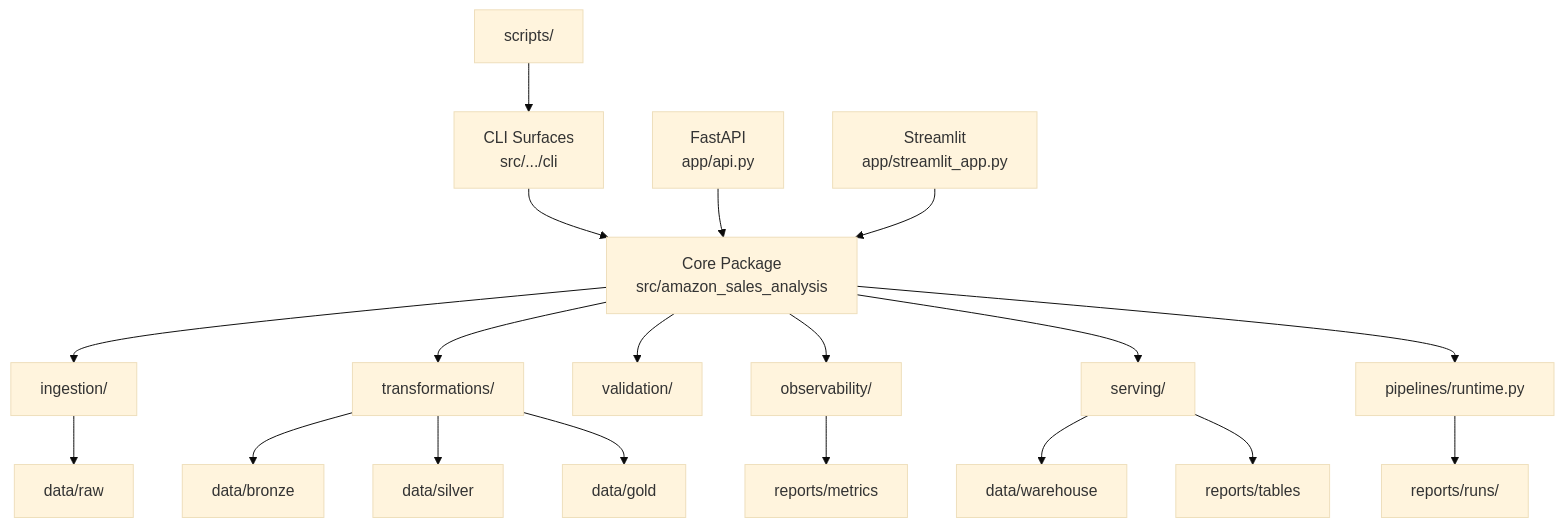
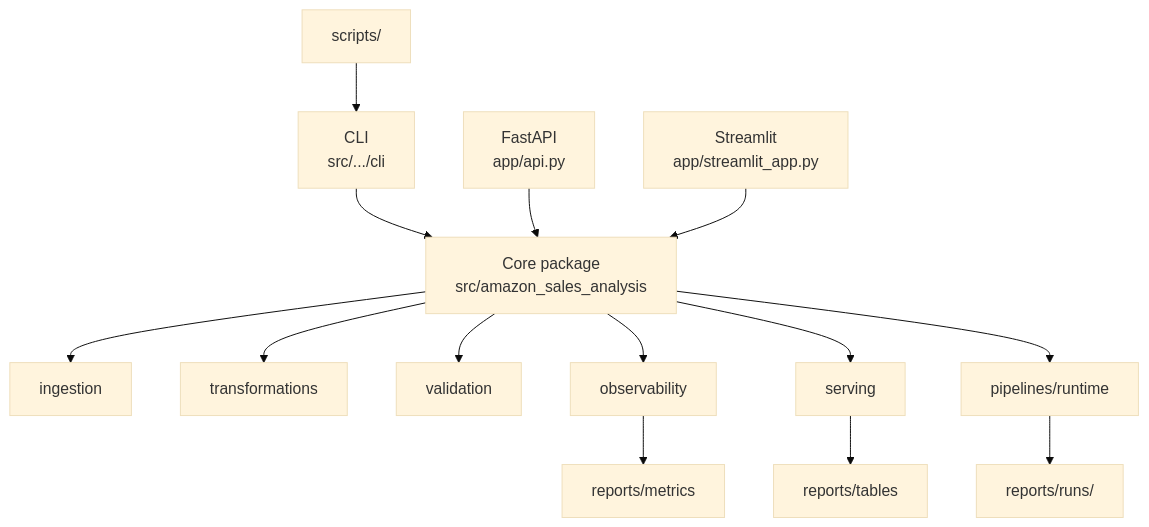
Before and after one commit to samuelmaia-analytics/amazon-sales-analysis: the diagram in docs/REPOSITORY_STRUCTURE.md, drawn with Mermaid (base theme). The commit also changed other lines of this file and 13 other files, not shown here.

````diff
--- a/docs/REPOSITORY_STRUCTURE.md
+++ b/docs/REPOSITORY_STRUCTURE.md
@@ -46,24 +36,18 @@
 ```mermaid
 graph TD
-    CLI[CLI Surfaces\nsrc/.../cli] --> CORE[Core Package\nsrc/amazon_sales_analysis]
+    CLI[CLI\nsrc/.../cli] --> CORE[Core package\nsrc/amazon_sales_analysis]
     API[FastAPI\napp/api.py] --> CORE
     DASH[Streamlit\napp/streamlit_app.py] --> CORE
     SCRIPTS[scripts/] --> CLI
 
-    CORE --> ING[ingestion/]
-    CORE --> TRN[transformations/]
-    CORE --> VAL[validation/]
-    CORE --> OBS[observability/]
-    CORE --> SRV[serving/]
-    CORE --> RUN[pipelines/runtime.py]
-
-    ING --> RAW[data/raw]
-    TRN --> BRONZE[data/bronze]
-    TRN --> SILVER[data/silver]
-    TRN --> GOLD[data/gold]
-    SRV --> WH[data/warehouse]
+    CORE --> ING[ingestion]
+    CORE --> TRN[transformations]
+    CORE --> VAL[validation]
+    CORE --> OBS[observability]
+    CORE --> SRV[serving]
+    CORE --> RUN[pipelines/runtime]
 
     RUN --> RUNS[reports/runs/<run_id>]
     OBS --> MET[reports/metrics]
     SRV --> TBL[reports/tables]
 ```
````
